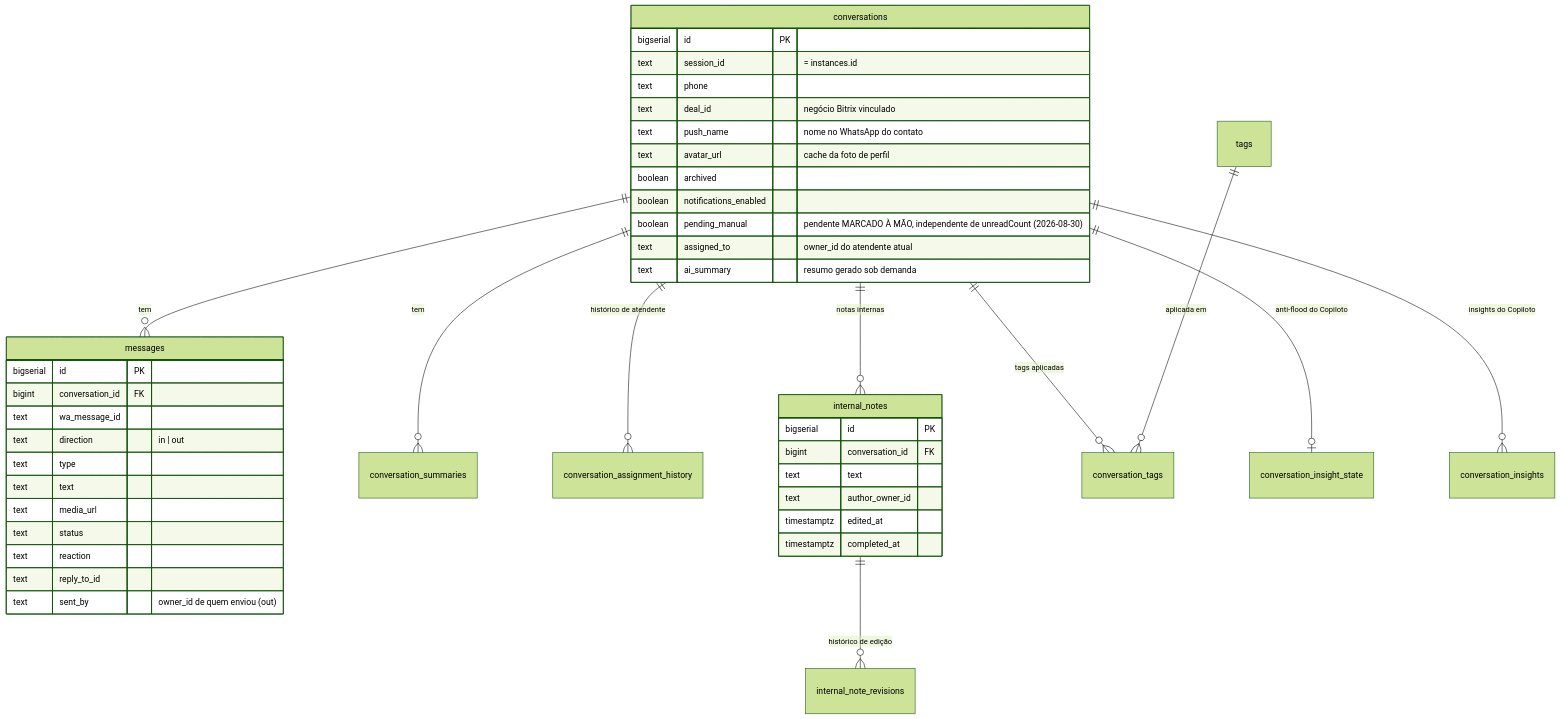
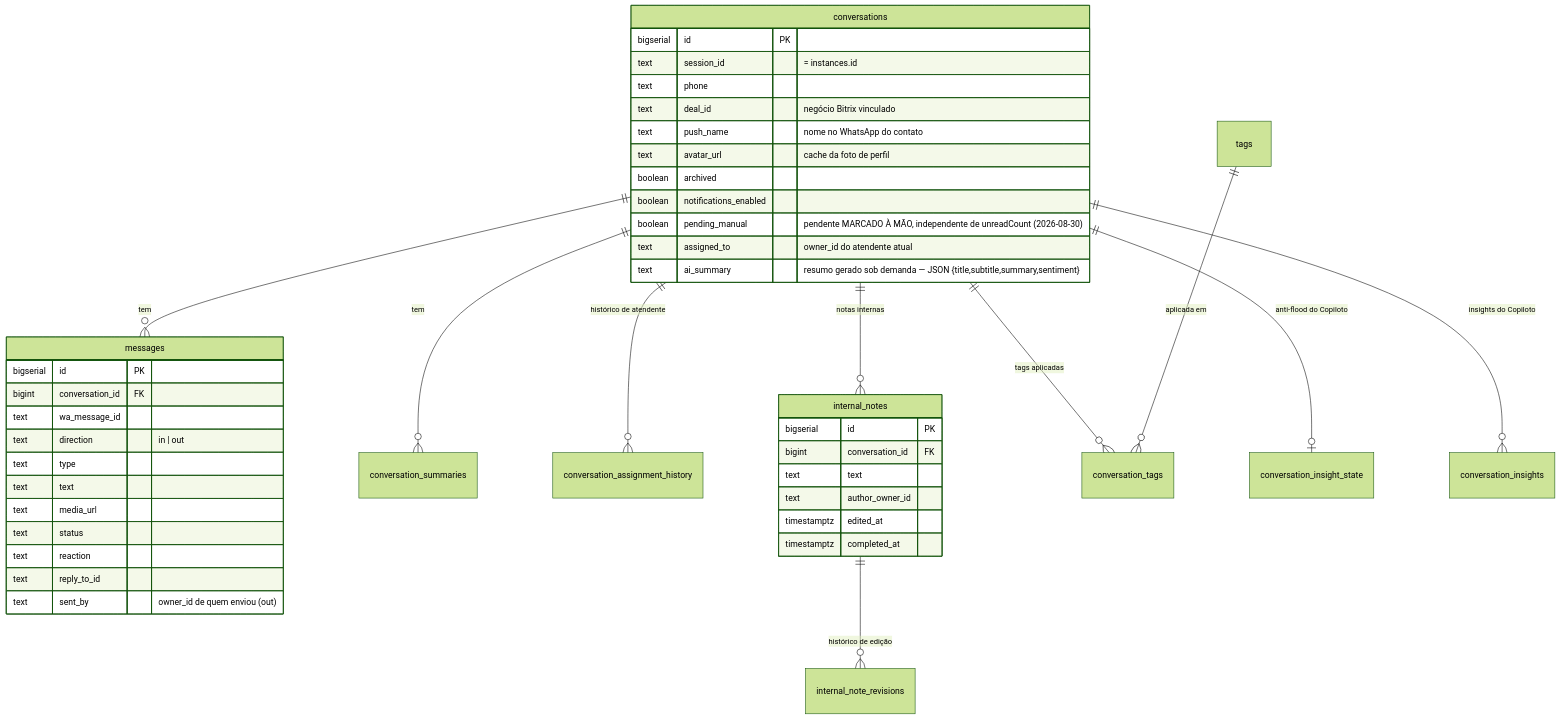
One commit to DAP-Advocacia/whatsapp-crm-gatway changed the first of 7 diagrams in docs/schema.md. Above: the diagram before and after it, drawn with Mermaid (forest theme). The commit also changed 6 other files, not shown here.

````diff
--- a/docs/schema.md
+++ b/docs/schema.md
@@ -16,47 +16,47 @@
 ```mermaid
 erDiagram
     conversations ||--o{ messages : "tem"
     conversations ||--o{ conversation_summaries : "tem"
     conversations ||--o{ conversation_assignment_history : "histórico de atendente"
     conversations ||--o{ internal_notes : "notas internas"
     conversations ||--o{ conversation_tags : "tags aplicadas"
     conversations ||--o| conversation_insight_state : "anti-flood do Copiloto"
     conversations ||--o{ conversation_insights : "insights do Copiloto"
     internal_notes ||--o{ internal_note_revisions : "histórico de edição"
     tags ||--o{ conversation_tags : "aplicada em"
 
     conversations {
         bigserial id PK
         text session_id "= instances.id"
         text phone
         text deal_id "negócio Bitrix vinculado"
         text push_name "nome no WhatsApp do contato"
         text avatar_url "cache da foto de perfil"
         boolean archived
         boolean notifications_enabled
         boolean pending_manual "pendente MARCADO À MÃO, independente de unreadCount (2026-08-30)"
         text assigned_to "owner_id do atendente atual"
-        text ai_summary "resumo gerado sob demanda"
+        text ai_summary "resumo gerado sob demanda — JSON {title,subtitle,summary,sentiment}"
     }
     messages {
         bigserial id PK
         bigint conversation_id FK
         text wa_message_id
         text direction "in | out"
         text type
         text text
         text media_url
         text status
         text reaction
         text reply_to_id
         text sent_by "owner_id de quem enviou (out)"
     }
     internal_notes {
         bigserial id PK
         bigint conversation_id FK
         text text
         text author_owner_id
         timestamptz edited_at
         timestamptz completed_at
     }
 ```
````
